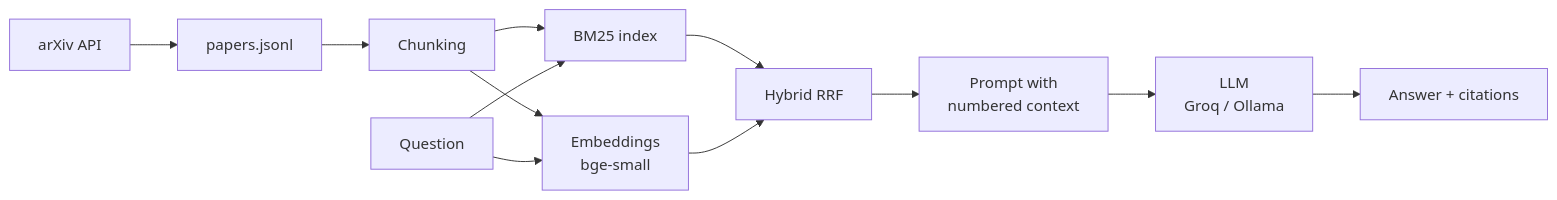
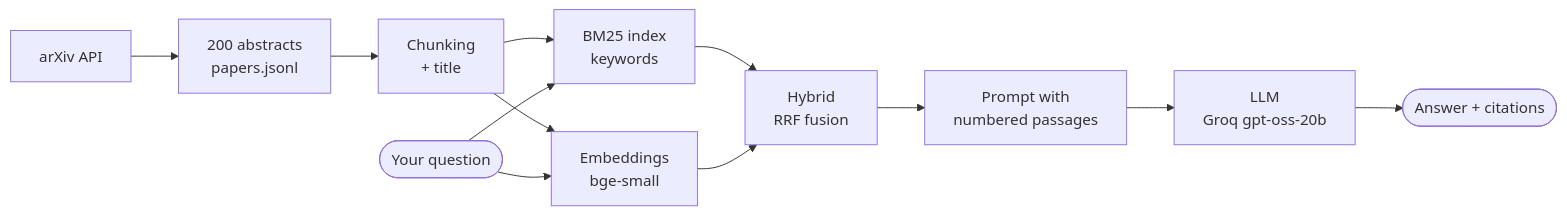
The diagram in README.md (arad1367/rag-eval-lab), drawn with Mermaid before and after one commit. The commit also changed other lines of this file and 1 other file, not shown here.

````diff
--- a/README.md
+++ b/README.md
@@ -23,13 +102,13 @@
 ```mermaid
 flowchart LR
-    A[arXiv API] --> B[papers.jsonl]
-    B --> C[Chunking]
-    C --> D[BM25 index]
+    A[arXiv API] --> B[200 abstracts<br/>papers.jsonl]
+    B --> C[Chunking<br/>+ title]
+    C --> D[BM25 index<br/>keywords]
     C --> E[Embeddings<br/>bge-small]
-    Q[Question] --> D & E
-    D --> F[Hybrid RRF]
+    Q([Your question]) --> D & E
+    D --> F[Hybrid<br/>RRF fusion]
     E --> F
-    F --> G[Prompt with<br/>numbered context]
-    G --> H[LLM<br/>Groq / Ollama]
-    H --> I[Answer + citations]
+    F --> G[Prompt with<br/>numbered passages]
+    G --> H[LLM<br/>Groq gpt-oss-20b]
+    H --> I([Answer + citations])
 ```
````
